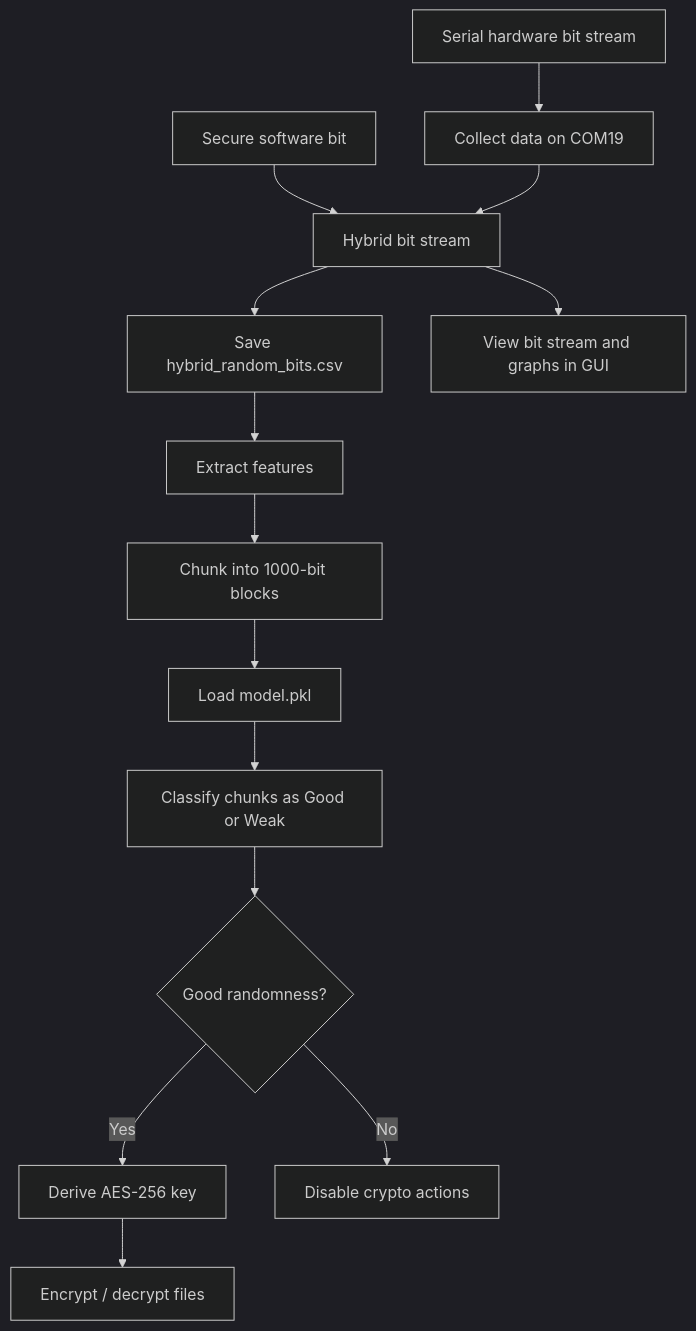
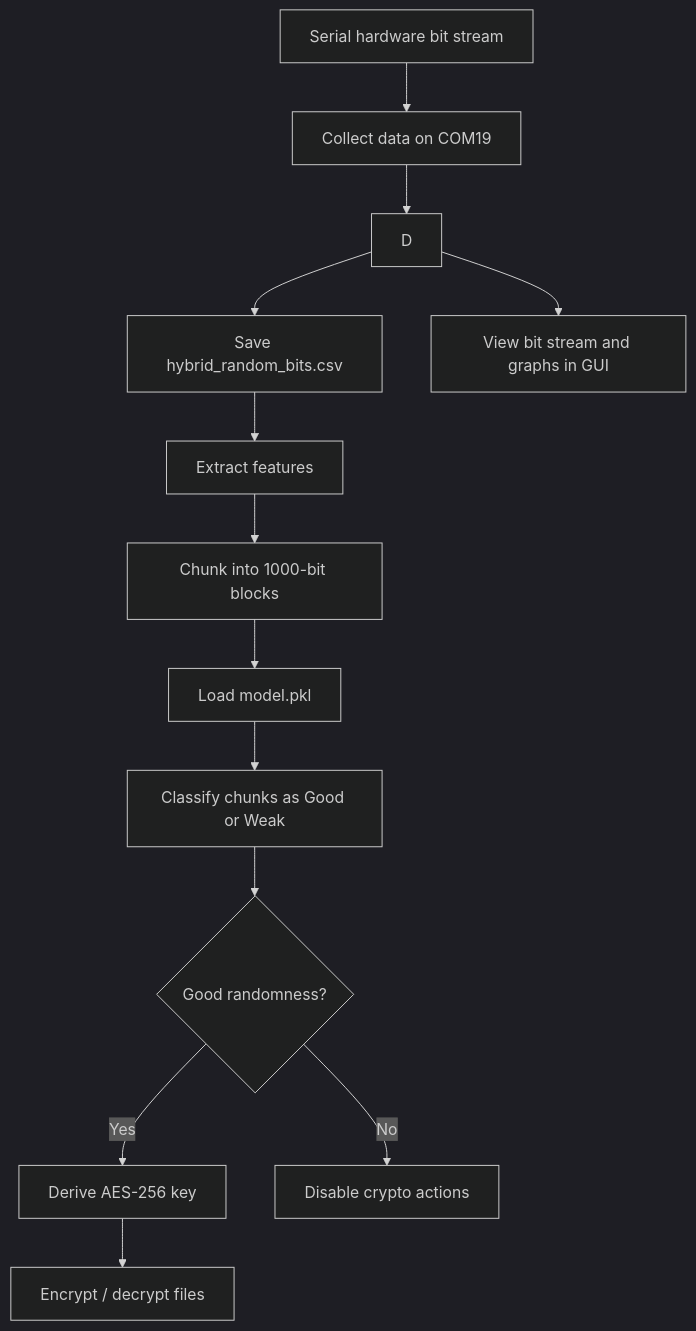
One commit to shailesh2909/Quantum-tunneling-rng-ml-crypto-framework changed the diagram in README.md. Above: the diagram before and after it, drawn with Mermaid (dark theme). The commit also changed other lines of this file, not shown here.

````diff
--- a/README.md
+++ b/README.md
@@ -16,16 +16,15 @@
 ```mermaid
 flowchart TD
 	A[Serial hardware bit stream] --> B[Collect data on COM19]
-	C[Secure software bit] --> D[Hybrid bit stream]
 	B --> D
 	D --> E[Save hybrid_random_bits.csv]
 	E --> F[Extract features]
 	F --> G[Chunk into 1000-bit blocks]
 	G --> H[Load model.pkl]
 	H --> I[Classify chunks as Good or Weak]
 	I --> J{Good randomness?}
 	J -- Yes --> K[Derive AES-256 key]
 	K --> L[Encrypt / decrypt files]
 	J -- No --> M[Disable crypto actions]
 	D --> N[View bit stream and graphs in GUI]
 ```
````
